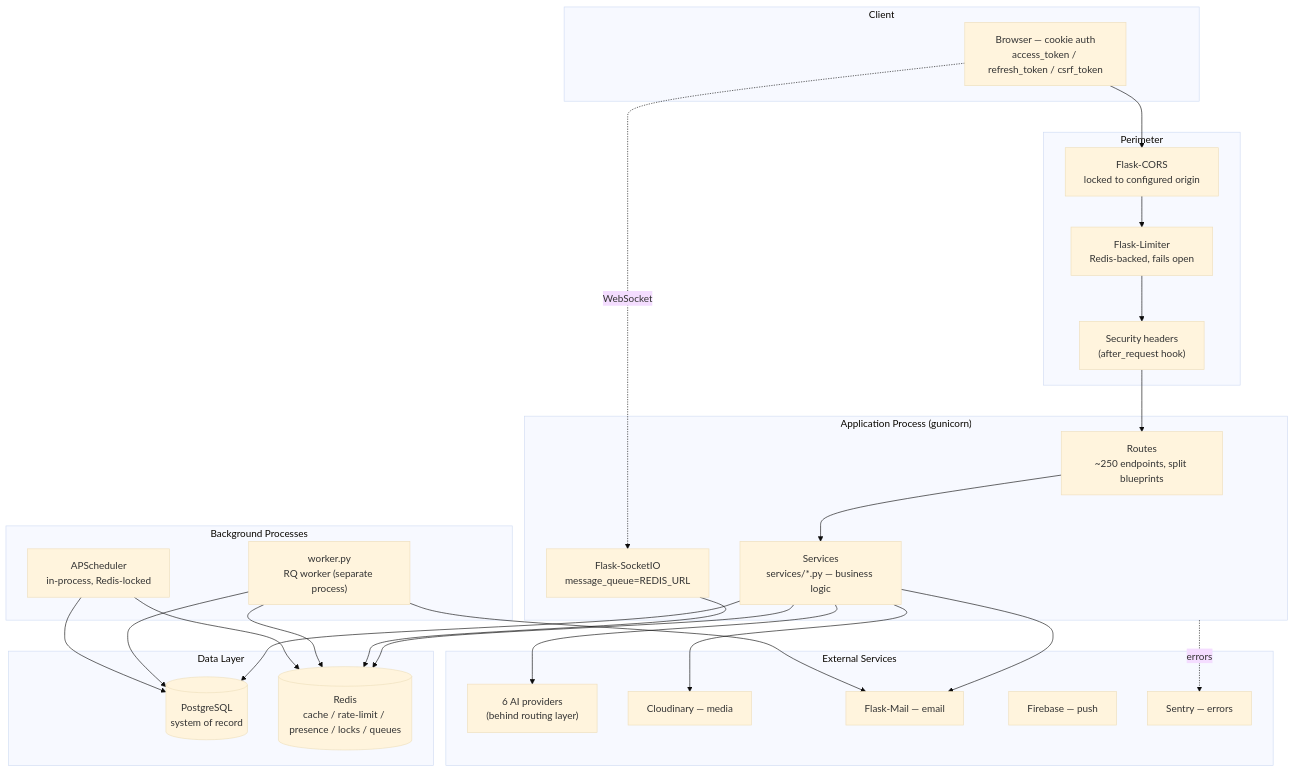
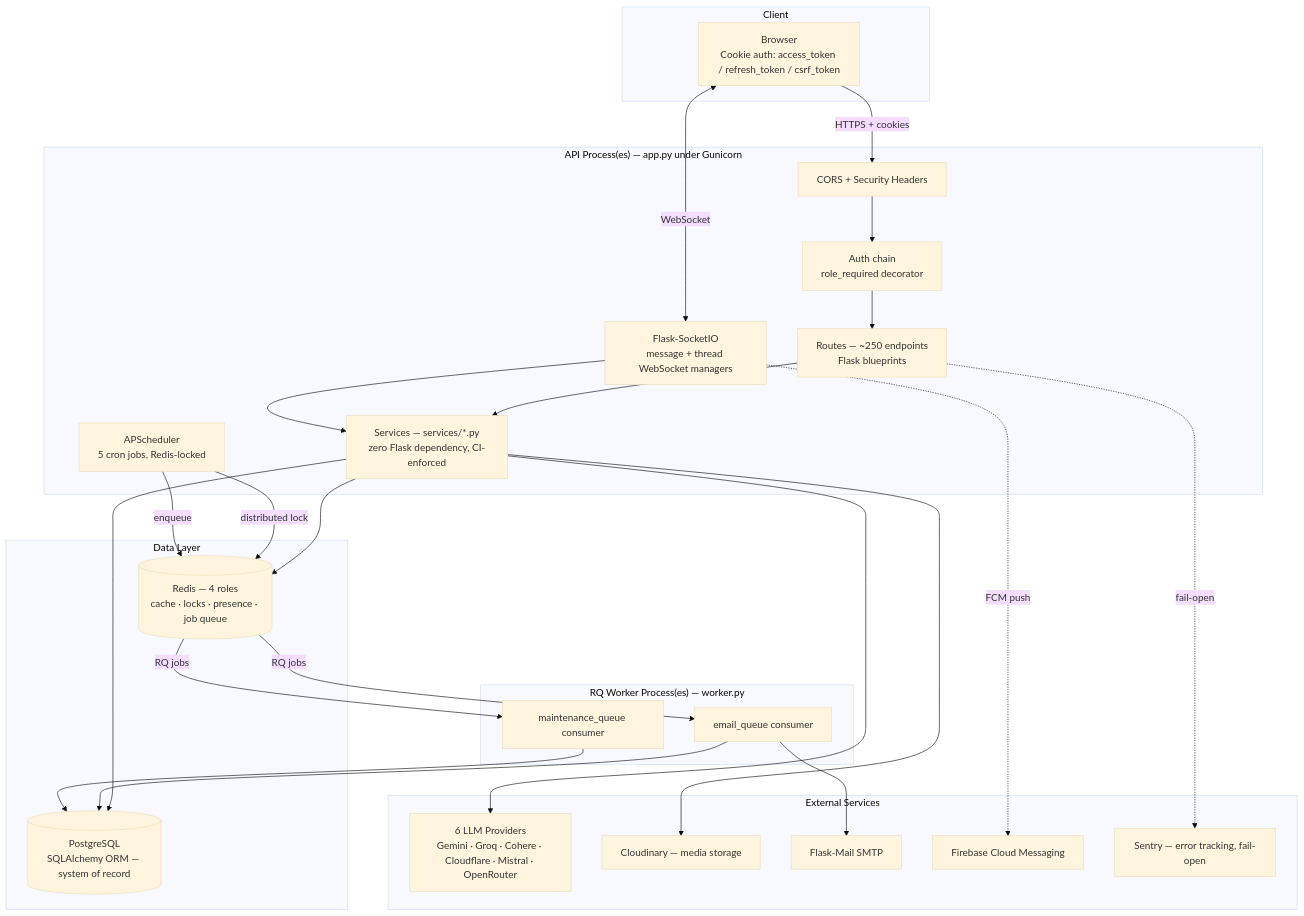
The first of 14 diagrams in ARCHITECTURE.md (Devpaul-01/StudyHub), drawn with Mermaid (base theme) before and after one commit. The commit also changed other lines of this file and 18 other files, not shown here.

````diff
--- a/ARCHITECTURE.md
+++ b/ARCHITECTURE.md
@@ -15,52 +23,51 @@
 ```mermaid
 flowchart TB
     subgraph Client["Client"]
-        Browser["Browser — cookie auth<br/>access_token / refresh_token / csrf_token"]
+        BROWSER[Browser<br/>Cookie auth: access_token / refresh_token / csrf_token]
     end
 
-    subgraph Perimeter["Perimeter"]
-        CORS["Flask-CORS<br/>locked to configured origin"]
-        Limiter["Flask-Limiter<br/>Redis-backed, fails open"]
-        Headers["Security headers<br/>(after_request hook)"]
+    subgraph API["API Process(es) — app.py under Gunicorn"]
+        CORS[CORS + Security Headers]
+        AUTH[Auth chain<br/>role_required decorator]
+        ROUTES[Routes — ~250 endpoints<br/>Flask blueprints]
+        SERVICES[Services — services/*.py<br/>zero Flask dependency, CI-enforced]
+        WS[Flask-SocketIO<br/>message + thread WebSocket managers]
+        SCHED[APScheduler<br/>5 cron jobs, Redis-locked]
     end
 
-    subgraph App["Application Process (gunicorn)"]
-        Routes["Routes<br/>~250 endpoints, split blueprints"]
-        Services["Services<br/>services/*.py — business logic"]
-        SocketIO["Flask-SocketIO<br/>message_queue=REDIS_URL"]
-    end
-
-    subgraph Async["Background Processes"]
-        Worker["worker.py<br/>RQ worker (separate process)"]
-        Scheduler["APScheduler<br/>in-process, Redis-locked"]
+    subgraph Workers["RQ Worker Process(es) — worker.py"]
+        W1[email_queue consumer]
+        W2[maintenance_queue consumer]
     end
 
     subgraph Data["Data Layer"]
-        PG[("PostgreSQL<br/>system of record")]
-        Redis[("Redis<br/>cache / rate-limit / presence / locks / queues")]
+        PG[(PostgreSQL<br/>SQLAlchemy ORM — system of record)]
+        REDIS[(Redis — 4 roles<br/>cache · locks · presence · job queue)]
     end
 
     subgraph External["External Services"]
-        AI["6 AI providers<br/>(behind routing layer)"]
-        Cloudinary["Cloudinary — media"]
-        Mail["Flask-Mail — email"]
-        Firebase["Firebase — push"]
-        Sentry["Sentry — errors"]
+        AI[6 LLM Providers<br/>Gemini · Groq · Cohere · Cloudflare · Mistral · OpenRouter]
+        CLOUDINARY[Cloudinary — media storage]
+        MAIL[Flask-Mail SMTP]
+        FCM[Firebase Cloud Messaging]
+        SENTRY[Sentry — error tracking, fail-open]
     end
 
-    Browser --> CORS --> Limiter --> Headers --> Routes
-    Browser -.WebSocket.-> SocketIO
-    Routes --> Services
-    Services --> PG
-    Services --> Redis
-    Services --> AI
-    Services --> Cloudinary
-    Services --> Mail
-    SocketIO --> Redis
-    Worker --> Redis
-    Worker --> PG
-    Worker --> Mail
-    Scheduler --> Redis
-    Scheduler --> PG
-    App -.errors.-> Sentry
+    BROWSER -->|HTTPS + cookies| CORS --> AUTH --> ROUTES
+    BROWSER <-->|WebSocket| WS
+    ROUTES --> SERVICES
+    SERVICES --> PG
+    SERVICES --> REDIS
+    SERVICES --> AI
+    SERVICES --> CLOUDINARY
+    WS --> SERVICES
+    SCHED -->|distributed lock| REDIS
+    SCHED -->|enqueue| REDIS
+    REDIS -->|RQ jobs| W1
+    REDIS -->|RQ jobs| W2
+    W1 --> MAIL
+    W1 --> PG
+    W2 --> PG
+    ROUTES -.->|fail-open| SENTRY
+    WS -.->|FCM push| FCM
 ```
````
